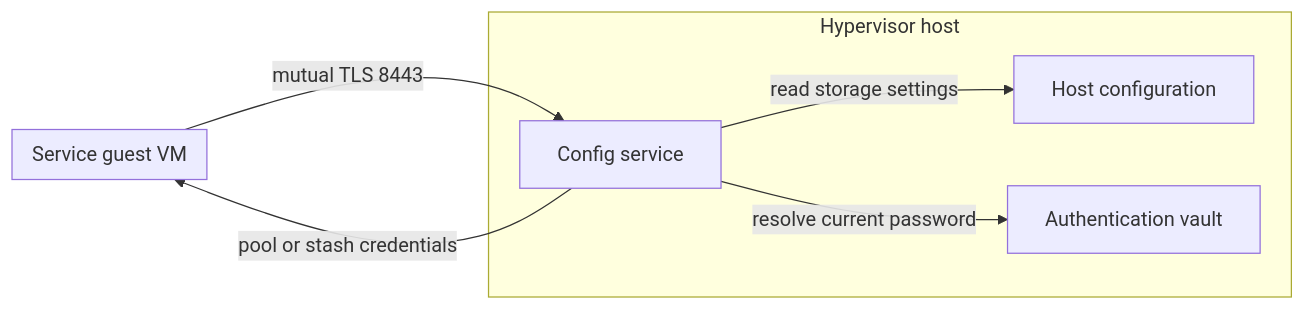
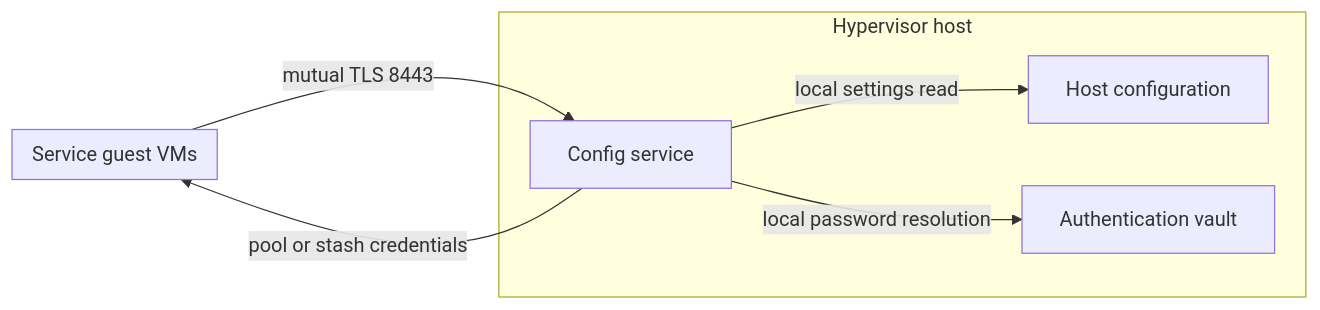
One commit to alissonsol/yuruna changed the fourth of 5 diagrams in docs/design/06-deployment.md. Above: the diagram before and after it, drawn with Mermaid. The commit also changed other lines of this file and 1343 other files, not shown here.

````diff
--- a/docs/design/06-deployment.md
+++ b/docs/design/06-deployment.md
@@ -160,14 +184,14 @@
 ```mermaid
 flowchart LR
-    subgraph guest["Service guest VM"]
+    subgraph guest["Service guest VMs"]
     end
     subgraph host["Hypervisor host"]
-        start-configservice-ps1["Config service"]
+        start-config-service-ps1["Config service"]
         test-config-yml["Host configuration"]
         authentication["Authentication vault"]
     end
-    guest -->|mutual TLS 8443| start-configservice-ps1
-    start-configservice-ps1 -->|read storage settings| test-config-yml
-    start-configservice-ps1 -->|resolve current password| authentication
-    start-configservice-ps1 -->|pool or stash credentials| guest
+    guest -->|mutual TLS 8443| start-config-service-ps1
+    start-config-service-ps1 -->|local settings read| test-config-yml
+    start-config-service-ps1 -->|local password resolution| authentication
+    start-config-service-ps1 -->|pool or stash credentials| guest
 ```
````
